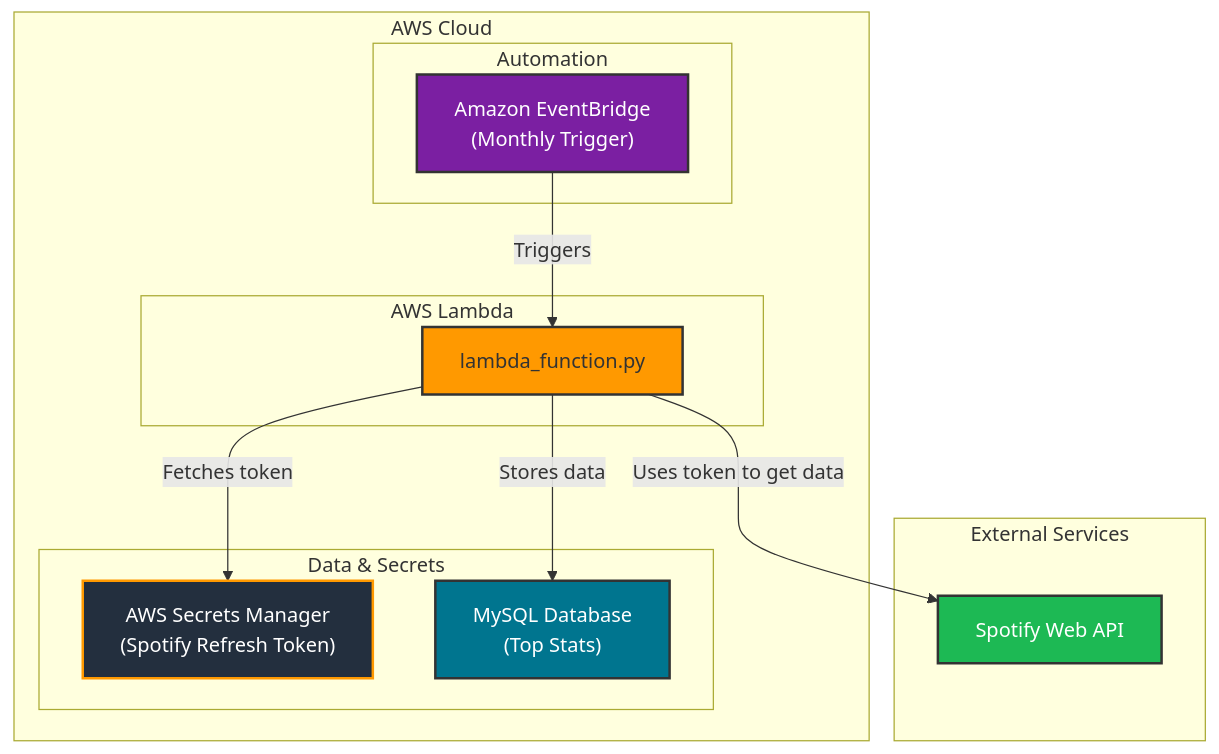
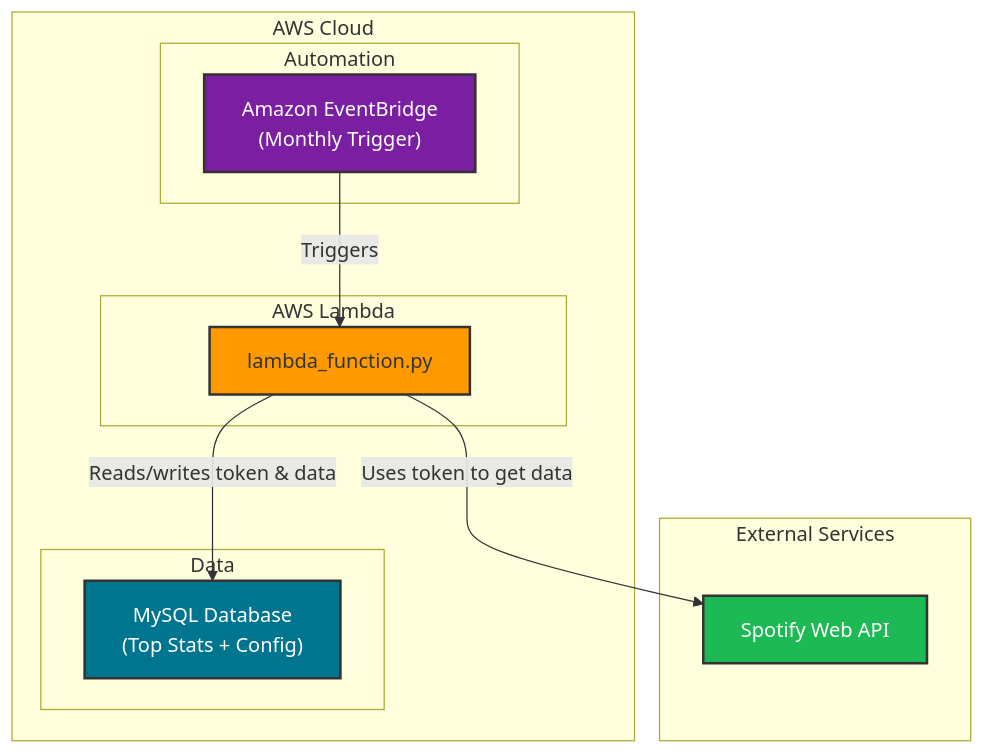
Before and after one commit to b1codes/PersonalSpotifyStatsBackup: the diagram in README.md, drawn with Mermaid. The commit also changed other lines of this file and 11 other files, not shown here.

````diff
--- a/README.md
+++ b/README.md
@@ -13,33 +13,30 @@
 ```mermaid
 graph TD
     subgraph "AWS Cloud"
         subgraph "AWS Lambda"
             Lambda["lambda_function.py"]
         end
 
-        subgraph "Data & Secrets"
-            SecretsManager["AWS Secrets Manager<br>(Spotify Refresh Token)"]
-            Database["MySQL Database<br>(Top Stats)"]
+        subgraph "Data"
+            Database["MySQL Database<br>(Top Stats + Config)"]
         end
 
         subgraph "Automation"
             EventBridge["Amazon EventBridge<br>(Monthly Trigger)"]
         end
     end
 
     subgraph "External Services"
         Spotify["Spotify Web API"]
     end
 
     EventBridge -- "Triggers" --> Lambda
-    Lambda -- "Fetches token" --> SecretsManager
+    Lambda -- "Reads/writes token & data" --> Database
     Lambda -- "Uses token to get data" --> Spotify
-    Lambda -- "Stores data" --> Database
 
     style Lambda fill:#FF9900,stroke:#333,stroke-width:2px
-    style SecretsManager fill:#232F3E,stroke:#FF9900,stroke-width:2px,color:#fff
     style Database fill:#00758F,stroke:#333,stroke-width:2px,color:#fff
     style EventBridge fill:#7B1FA2,stroke:#333,stroke-width:2px,color:#fff
     style Spotify fill:#1DB954,stroke:#333,stroke-width:2px,color:#fff
 
 ```
````
